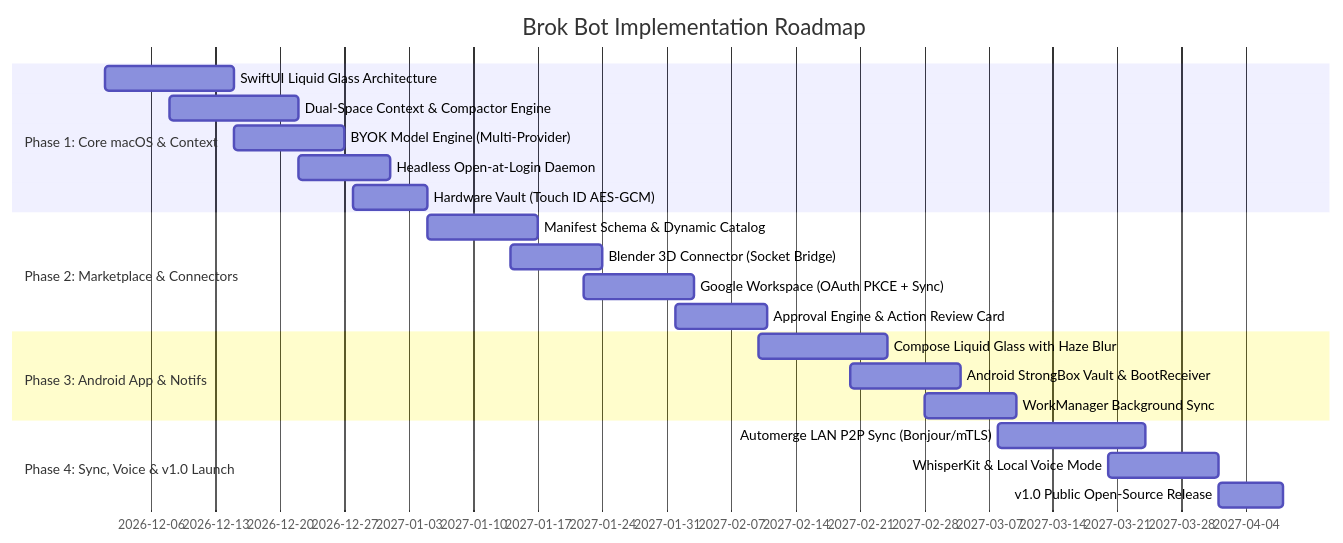
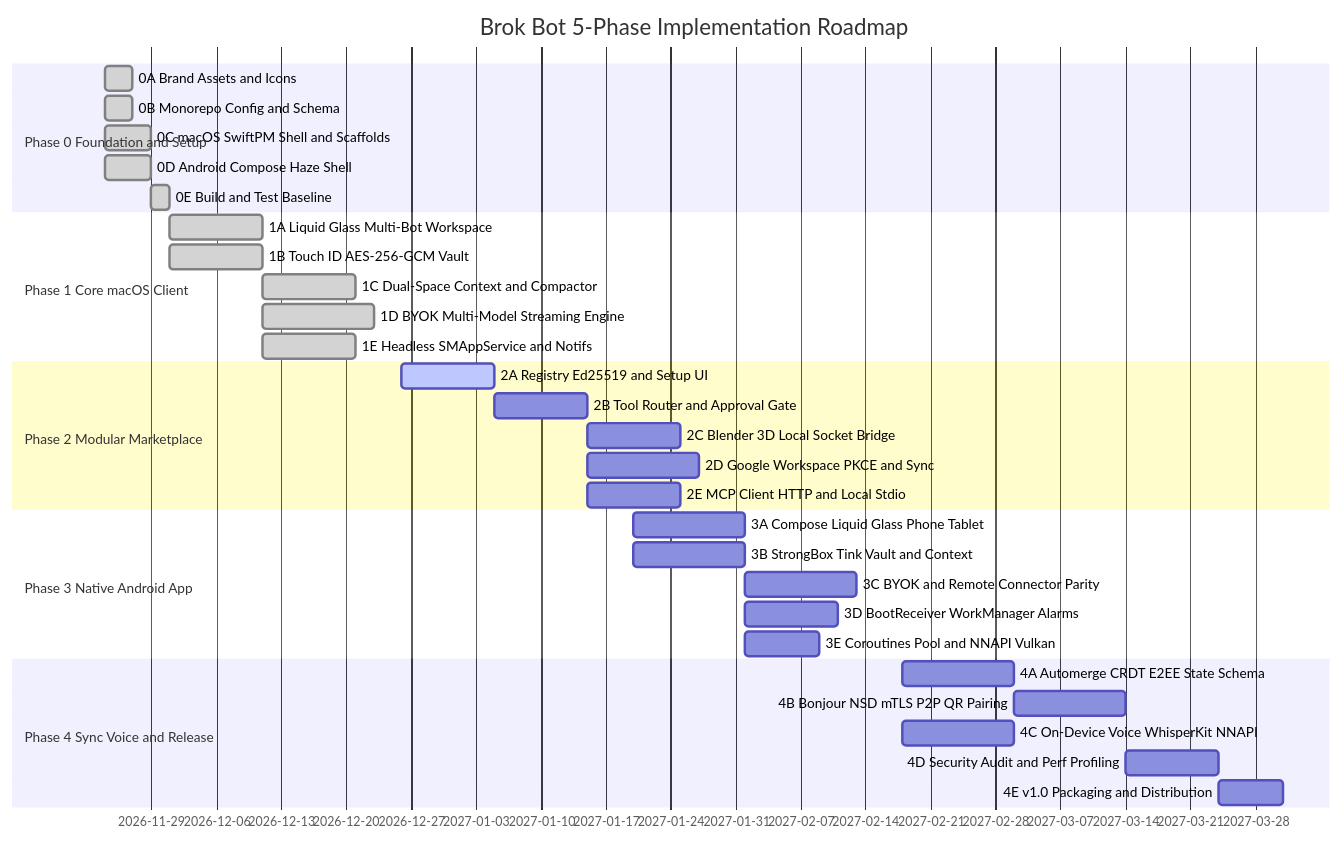
The fourth of 4 diagrams in docs/IMPLEMENTATION_PLAN.md (sam-eer12/prod), drawn with Mermaid before and after one commit. The commit also changed other lines of this file and 1 other file, not shown here.

Commit message:
docs: expand phased implementation roadmap (Phases 0-4) and update README for Phase 1 completion

````diff
--- a/docs/IMPLEMENTATION_PLAN.md
+++ b/docs/IMPLEMENTATION_PLAN.md
@@ -435,27 +547,39 @@
 ```mermaid
 gantt
-    title Brok Bot Implementation Roadmap
+    title Brok Bot 5-Phase Implementation Roadmap
     dateFormat  YYYY-MM-DD
-    section Phase 1: Core macOS & Context
-    SwiftUI Liquid Glass Architecture    :2026-12-01, 14d
-    Dual-Space Context & Compactor Engine:2026-12-08, 14d
-    BYOK Model Engine (Multi-Provider)   :2026-12-15, 12d
-    Headless Open-at-Login Daemon        :2026-12-22, 10d
-    Hardware Vault (Touch ID AES-GCM)    :2026-12-28, 8d
+    section Phase 0 Foundation and Setup
+    0A Brand Assets and Icons            :done, p0a, 2026-11-24, 3d
+    0B Monorepo Config and Schema        :done, p0b, 2026-11-24, 3d
+    0C macOS SwiftPM Shell and Scaffolds :done, p0c, 2026-11-24, 5d
+    0D Android Compose Haze Shell        :done, p0d, 2026-11-24, 5d
+    0E Build and Test Baseline           :done, p0e, after p0c, 2d
 
-    section Phase 2: Marketplace & Connectors
-    Manifest Schema & Dynamic Catalog    :2027-01-05, 12d
-    Blender 3D Connector (Socket Bridge) :2027-01-14, 10d
-    Google Workspace (OAuth PKCE + Sync) :2027-01-22, 12d
-    Approval Engine & Action Review Card :2027-02-01, 10d
+    section Phase 1 Core macOS Client
+    1A Liquid Glass Multi-Bot Workspace  :done, p1a, 2026-12-01, 10d
+    1B Touch ID AES-256-GCM Vault        :done, p1b, 2026-12-01, 10d
+    1C Dual-Space Context and Compactor  :done, p1c, after p1b, 10d
+    1D BYOK Multi-Model Streaming Engine :done, p1d, after p1b, 12d
+    1E Headless SMAppService and Notifs  :done, p1e, after p1a, 10d
 
-    section Phase 3: Android App & Notifs
-    Compose Liquid Glass with Haze Blur  :2027-02-10, 14d
-    Android StrongBox Vault & BootReceiver:2027-02-20, 12d
-    WorkManager Background Sync          :2027-02-28, 10d
+    section Phase 2 Modular Marketplace
+    2A Registry Ed25519 and Setup UI     :active, p2a, 2026-12-26, 10d
+    2B Tool Router and Approval Gate     :p2b, after p2a, 10d
+    2C Blender 3D Local Socket Bridge    :p2c, after p2b, 10d
+    2D Google Workspace PKCE and Sync    :p2d, after p2b, 12d
+    2E MCP Client HTTP and Local Stdio   :p2e, after p2b, 10d
 
-    section Phase 4: Sync, Voice & v1.0 Launch
-    Automerge LAN P2P Sync (Bonjour/mTLS):2027-03-08, 16d
-    WhisperKit & Local Voice Mode        :2027-03-20, 12d
-    v1.0 Public Open-Source Release      :2027-04-01, 7d
+    section Phase 3 Native Android App
+    3A Compose Liquid Glass Phone Tablet :p3a, 2027-01-20, 12d
+    3B StrongBox Tink Vault and Context  :p3b, 2027-01-20, 12d
+    3C BYOK and Remote Connector Parity  :p3c, after p3b, 12d
+    3D BootReceiver WorkManager Alarms   :p3d, after p3b, 10d
+    3E Coroutines Pool and NNAPI Vulkan  :p3e, after p3a, 8d
+
+    section Phase 4 Sync Voice and Release
+    4A Automerge CRDT E2EE State Schema  :p4a, 2027-02-18, 12d
+    4B Bonjour NSD mTLS P2P QR Pairing   :p4b, after p4a, 12d
+    4C On-Device Voice WhisperKit NNAPI  :p4c, 2027-02-18, 12d
+    4D Security Audit and Perf Profiling :p4d, after p4b, 10d
+    4E v1.0 Packaging and Distribution   :p4e, after p4d, 7d
 ```
````
